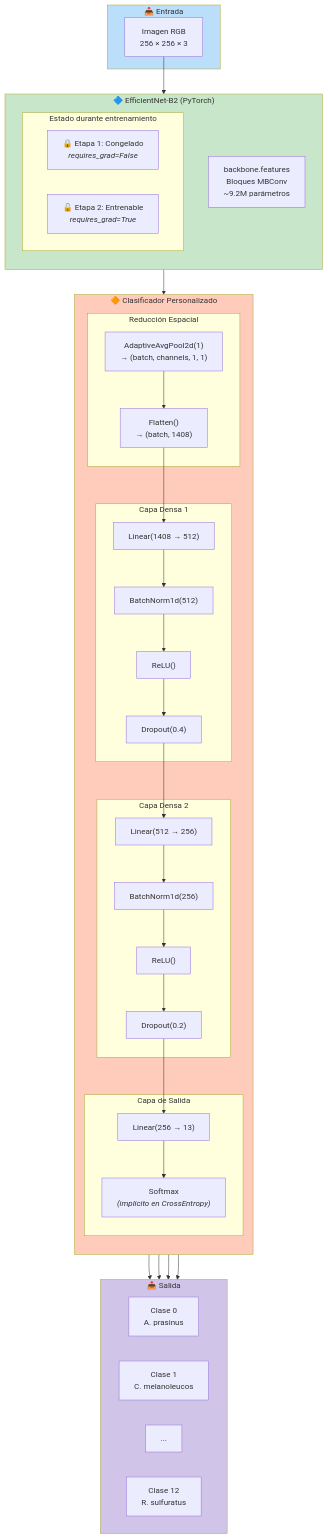
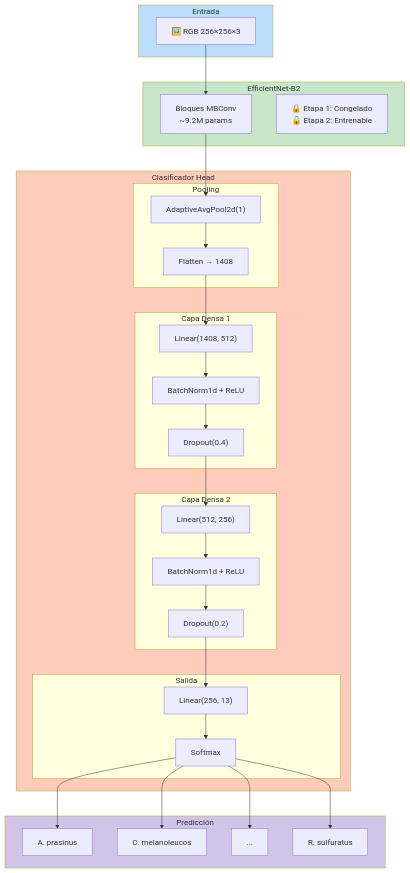
One commit to AndresFWilT/mine-group9-dl-project changed the second of 4 diagrams in docs/ENTRENAMIENTO_MODELO_CLASIFICADOR.md. Above: the diagram before and after it, drawn with Mermaid. The commit also changed other lines of this file and 1 other file, not shown here.

Commit message:
feat(project): :sparkles: added diagrams to doc tranning

````diff
--- a/docs/ENTRENAMIENTO_MODELO_CLASIFICADOR.md
+++ b/docs/ENTRENAMIENTO_MODELO_CLASIFICADOR.md
@@ -98,68 +89,53 @@
 ```mermaid
 flowchart TB
-    subgraph INPUT["📥 Entrada"]
-        IMG["Imagen RGB<br/>256 × 256 × 3"]
+    subgraph INPUT["Entrada"]
+        IMG["🖼️ RGB 256×256×3"]
     end
 
-    subgraph BACKBONE["🔷 EfficientNet-B2 (PyTorch)"]
-        direction TB
-        CONV["backbone.features<br/>Bloques MBConv<br/>~9.2M parámetros"]
-        
-        subgraph FREEZE["Estado durante entrenamiento"]
-            F1["🔒 Etapa 1: Congelado<br/><i>requires_grad=False</i>"]
-            F2["🔓 Etapa 2: Entrenable<br/><i>requires_grad=True</i>"]
-        end
+    subgraph BACKBONE["EfficientNet-B2"]
+        CONV["Bloques MBConv<br/>~9.2M params"]
+        FREEZE_INFO["🔒 Etapa 1: Congelado<br/>🔓 Etapa 2: Entrenable"]
     end
 
-    subgraph CLASSIFIER["🔶 Clasificador Personalizado"]
-        direction TB
-        
-        subgraph POOL["Reducción Espacial"]
-            AAP["AdaptiveAvgPool2d(1)<br/>→ (batch, channels, 1, 1)"]
-            FLAT["Flatten()<br/>→ (batch, 1408)"]
+    subgraph HEAD["Clasificador Head"]
+        subgraph POOL["Pooling"]
+            AAP["AdaptiveAvgPool2d(1)"]
+            FLAT["Flatten → 1408"]
         end
 
         subgraph FC1["Capa Densa 1"]
-            L1["Linear(1408 → 512)"]
-            BN1["BatchNorm1d(512)"]
-            R1["ReLU()"]
+            L1["Linear(1408, 512)"]
+            BN1["BatchNorm1d + ReLU"]
             D1["Dropout(0.4)"]
         end
 
         subgraph FC2["Capa Densa 2"]
-            L2["Linear(512 → 256)"]
-            BN2["BatchNorm1d(256)"]
-            R2["ReLU()"]
+            L2["Linear(512, 256)"]
+            BN2["BatchNorm1d + ReLU"]
             D2["Dropout(0.2)"]
         end
 
-        subgraph OUT["Capa de Salida"]
-            L3["Linear(256 → 13)"]
-            SM["Softmax<br/><i>(implícito en CrossEntropy)</i>"]
+        subgraph OUT["Salida"]
+            L3["Linear(256, 13)"]
+            SM["Softmax"]
         end
     end
 
-    subgraph OUTPUT["📤 Salida"]
-        direction LR
-        C0["Clase 0<br/>A. prasinus"]
-        C1["Clase 1<br/>C. melanoleucos"]
+    subgraph OUTPUT["Predicción"]
+        C0["A. prasinus"]
+        C1["C. melanoleucos"]
         CD["..."]
-        C12["Clase 12<br/>R. sulfuratus"]
+        C12["R. sulfuratus"]
     end
 
-    IMG --> CONV
-    CONV --> AAP
-    AAP --> FLAT
-    FLAT --> L1 --> BN1 --> R1 --> D1
-    D1 --> L2 --> BN2 --> R2 --> D2
+    IMG --> CONV --> AAP --> FLAT
+    FLAT --> L1 --> BN1 --> D1
+    D1 --> L2 --> BN2 --> D2
     D2 --> L3 --> SM
-    SM --> C0
-    SM --> C1
-    SM --> CD
-    SM --> C12
+    SM --> C0 & C1 & CD & C12
 
     style INPUT fill:#bbdefb
     style BACKBONE fill:#c8e6c9
-    style CLASSIFIER fill:#ffccbc
+    style HEAD fill:#ffccbc
     style OUTPUT fill:#d1c4e9
 ```
````
